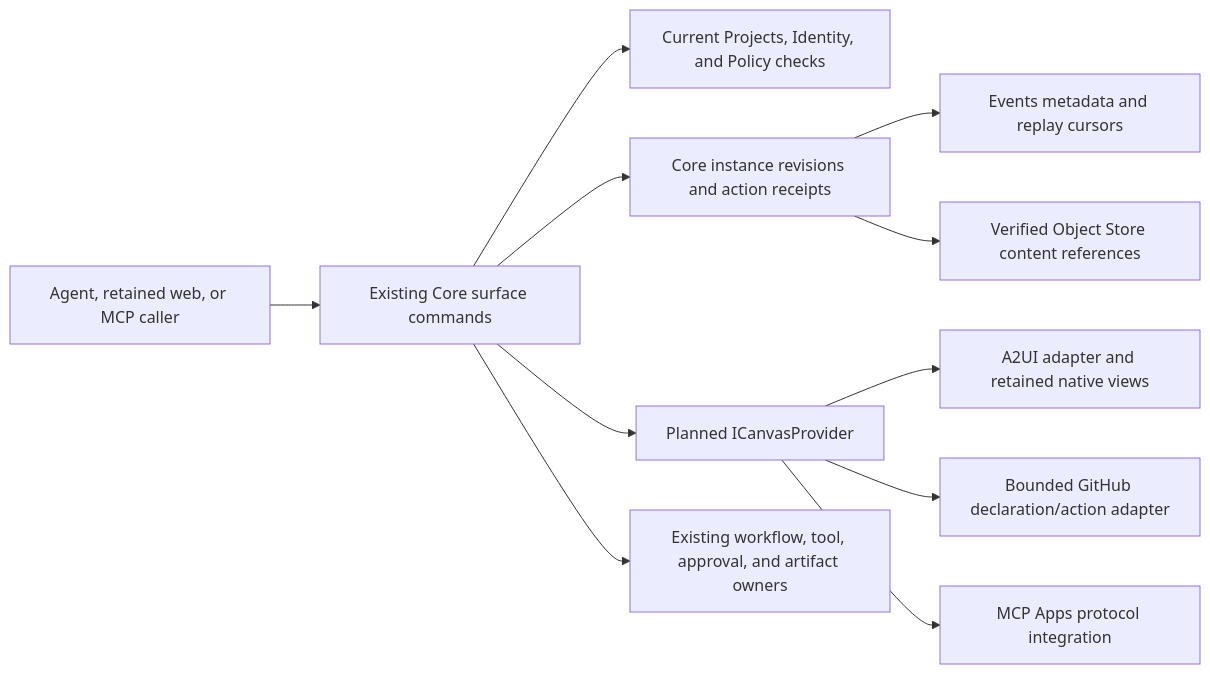
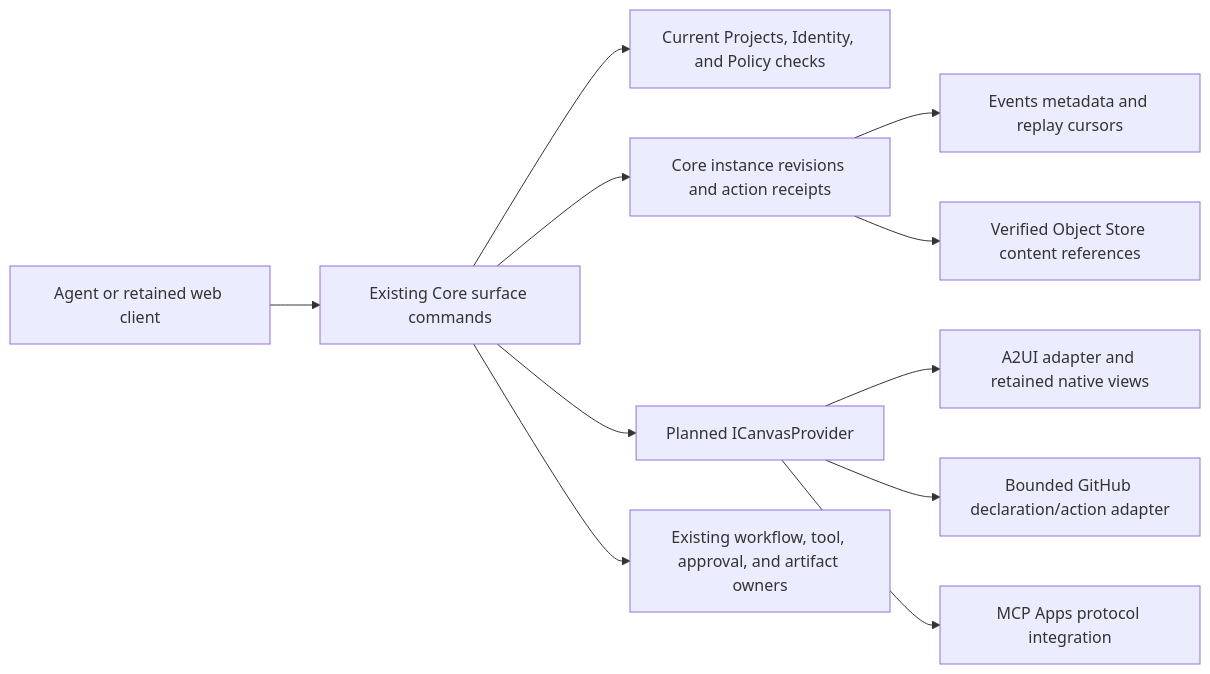
The third of 3 diagrams in docs/architecture/design/applications-and-surfaces.md (sabbour/agentweaver), drawn with Mermaid before and after one commit. The commit also changed other lines of this file and 1 other file, not shown here.

First line of the commit message:
docs: remove obsolete product MCP requirements from proposed specs

````diff
--- a/docs/architecture/design/applications-and-surfaces.md
+++ b/docs/architecture/design/applications-and-surfaces.md
@@ -576,13 +578,13 @@
 ```mermaid
 flowchart LR
-    Clients["Agent, retained web, or MCP caller"] --> Core["Existing Core surface commands"]
+    Clients["Agent or retained web client"] --> Core["Existing Core surface commands"]
     Core --> Authority["Current Projects, Identity, and Policy checks"]
     Core --> State["Core instance revisions and action receipts"]
     Core --> Contract["Planned ICanvasProvider"]
     Contract --> A2ui["A2UI adapter and retained native views"]
     Contract --> GitHub["Bounded GitHub declaration/action adapter"]
     Contract --> Protocol["MCP Apps protocol integration"]
     Core --> Actions["Existing workflow, tool, approval, and artifact owners"]
     State --> Journal["Events metadata and replay cursors"]
     State --> Objects["Verified Object Store content references"]
 ```
````
